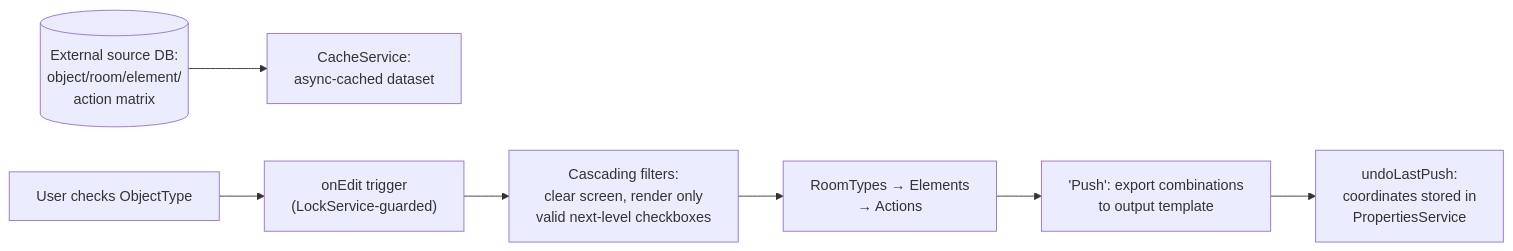
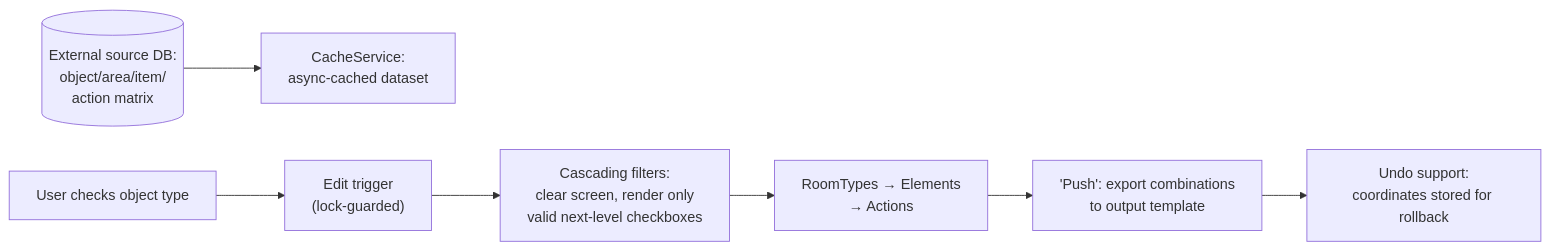
Before and after one commit to MatthiasBusscher/automation-portfolio: the diagram in case-studies/16-work-schedule-configurator.md, drawn with Mermaid. The commit also changed other lines of this file and 16 other files, not shown here.

````diff
--- a/case-studies/16-work-schedule-configurator.md
+++ b/case-studies/16-work-schedule-configurator.md
@@ -13,9 +13,9 @@
 ```mermaid
 flowchart LR
-    SRC[("External source DB:<br/>object/room/element/<br/>action matrix")] --> CACHE["CacheService:<br/>async-cached dataset"]
-    USER["User checks ObjectType"] --> EDIT["onEdit trigger<br/>(LockService-guarded)"]
+    SRC[("External source DB:<br/>object/area/item/<br/>action matrix")] --> CACHE["CacheService:<br/>async-cached dataset"]
+    USER["User checks object type"] --> EDIT["Edit trigger<br/>(lock-guarded)"]
     EDIT --> CASCADE["Cascading filters:<br/>clear screen, render only<br/>valid next-level checkboxes"]
     CASCADE --> L2["RoomTypes → Elements<br/>→ Actions"]
     L2 --> PUSH["'Push': export combinations<br/>to output template"]
-    PUSH --> UNDO["undoLastPush:<br/>coordinates stored in<br/>PropertiesService"]
+    PUSH --> UNDO["Undo support:<br/>coordinates stored for rollback"]
 ```
````
